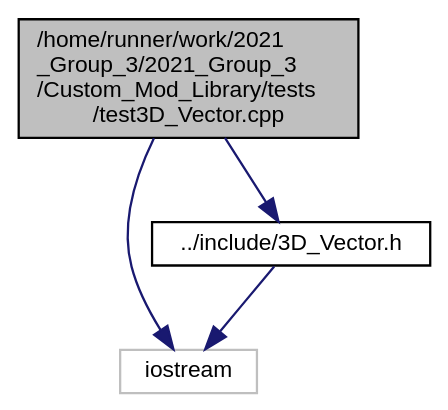
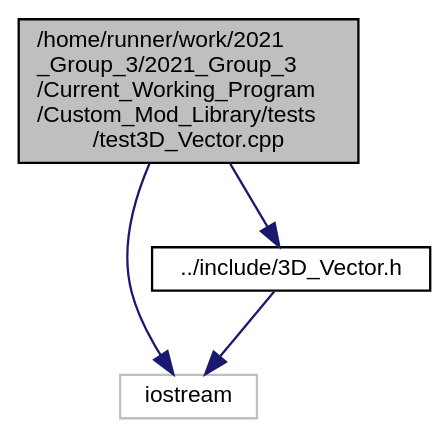
The diagram in test3_d___vector_8cpp__incl.dot (ejagombar/2021_Group_3), drawn with Graphviz before and after one commit. The commit also changed 69 other files, not shown here.

```diff
--- a/test3_d___vector_8cpp__incl.dot
+++ b/test3_d___vector_8cpp__incl.dot
@@ -1,13 +1,13 @@
-digraph "/home/runner/work/2021_Group_3/2021_Group_3/Custom_Mod_Library/tests/test3D_Vector.cpp"
+digraph "/home/runner/work/2021_Group_3/2021_Group_3/Current_Working_Program/Custom_Mod_Library/tests/test3D_Vector.cpp"
 {
  // LATEX_PDF_SIZE
   bgcolor="transparent";
   edge [fontname="Helvetica",fontsize="10",labelfontname="Helvetica",labelfontsize="10"];
   node [fontname="Helvetica",fontsize="10",shape=record];
-  Node1 [label="/home/runner/work/2021\l_Group_3/2021_Group_3\l/Custom_Mod_Library/tests\l/test3D_Vector.cpp",height=0.2,width=0.4,color="black", fillcolor="grey75", style="filled", fontcolor="black",tooltip=" "];
+  Node1 [label="/home/runner/work/2021\l_Group_3/2021_Group_3\l/Current_Working_Program\l/Custom_Mod_Library/tests\l/test3D_Vector.cpp",height=0.2,width=0.4,color="black", fillcolor="grey75", style="filled", fontcolor="black",tooltip=" "];
   Node1 -> Node2 [color="midnightblue",fontsize="10",style="solid",fontname="Helvetica"];
   Node2 [label="iostream",height=0.2,width=0.4,color="grey75",tooltip=" "];
   Node1 -> Node3 [color="midnightblue",fontsize="10",style="solid",fontname="Helvetica"];
   Node3 [label="../include/3D_Vector.h",height=0.2,width=0.4,color="black",URL="$3_d___vector_8h.html",tooltip="Class used to store 3D Vector points for the Model class."];
   Node3 -> Node2 [color="midnightblue",fontsize="10",style="solid",fontname="Helvetica"];
 }
```
